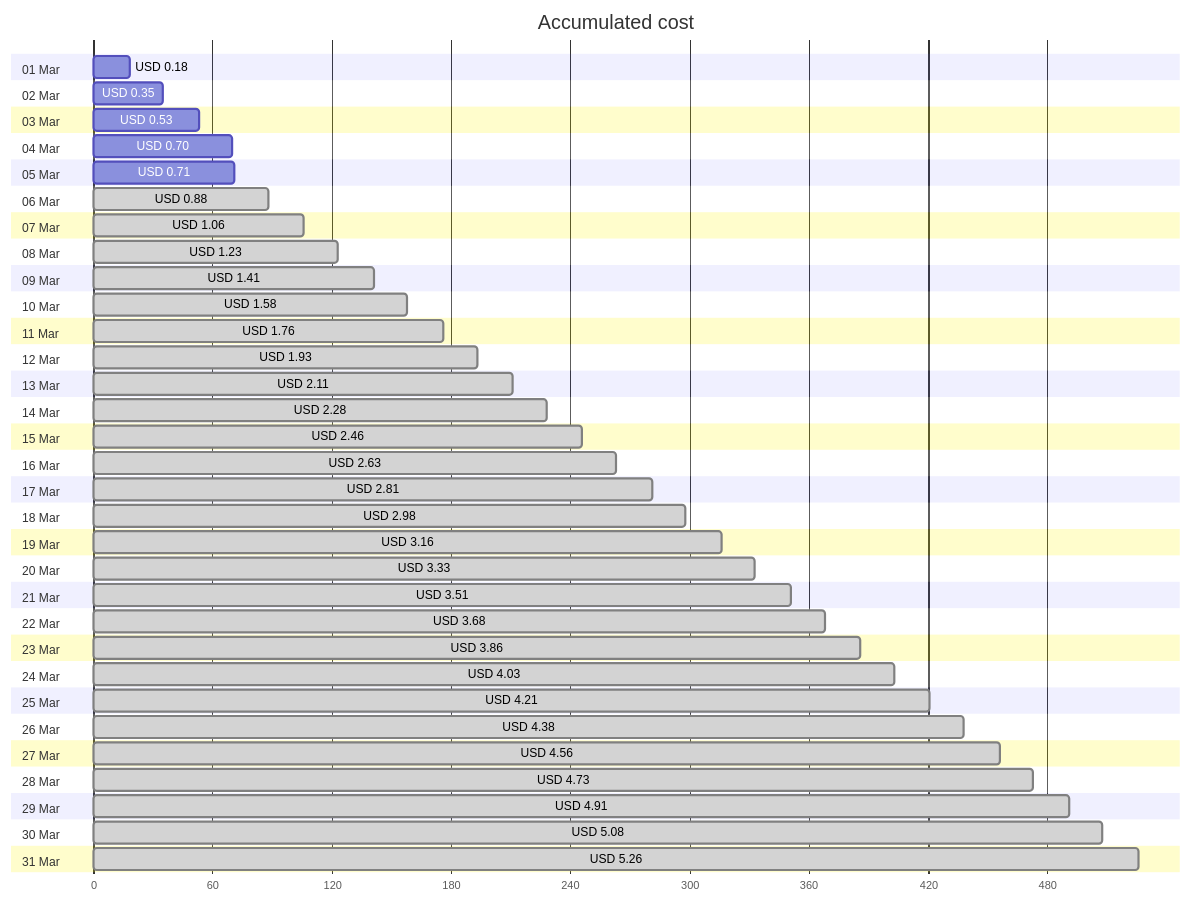
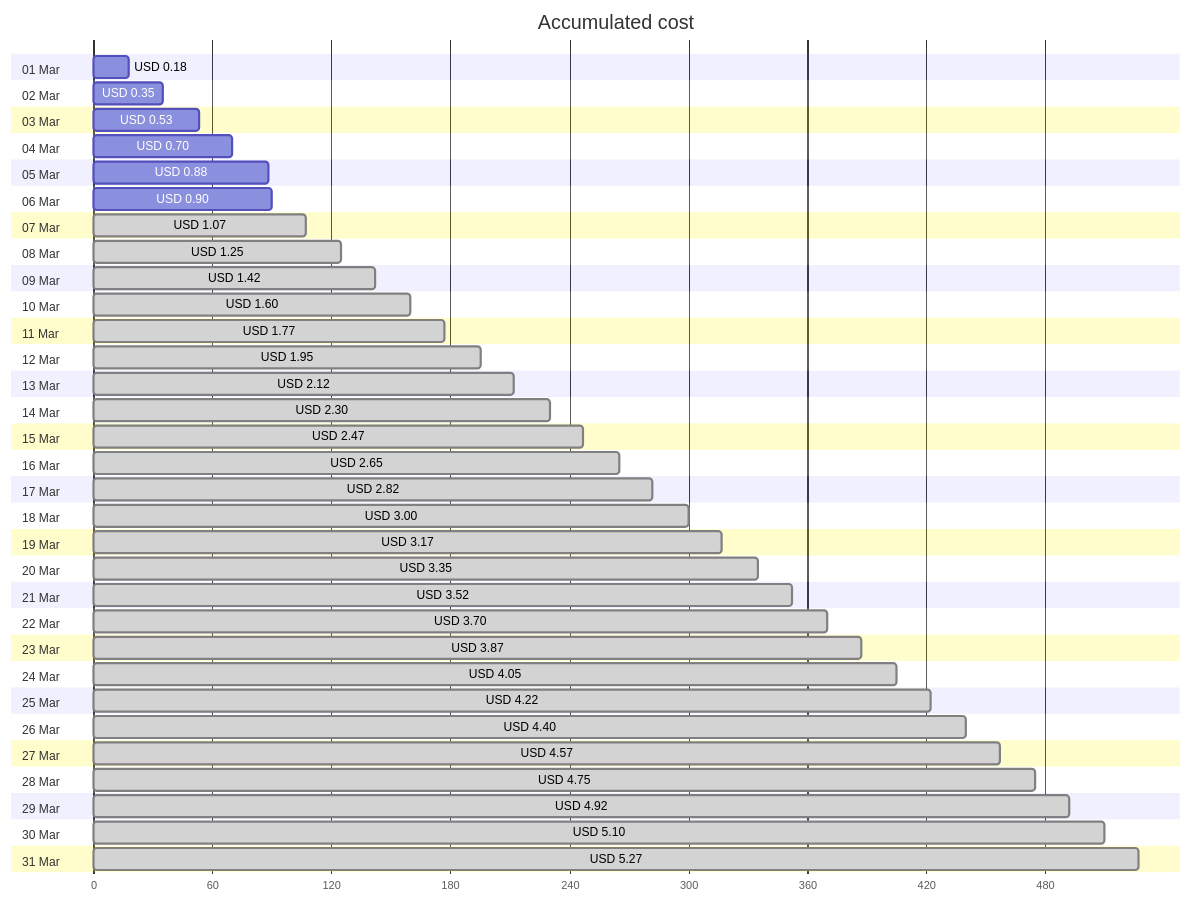
One commit to jpfulton/azure-personal-reports changed the first of 4 diagrams in cost-reports/personal-network/backup-server.md. Above: the diagram before and after it, drawn with Mermaid. The commit also changed other lines of this file and 8 other files, not shown here.

````diff
--- a/cost-reports/personal-network/backup-server.md
+++ b/cost-reports/personal-network/backup-server.md
@@ -20,68 +20,68 @@
 ```mermaid
 gantt
    title Accumulated cost
    dateFormat  X
    axisFormat %s
    section 01 Mar
    USD 0.18 :0, 18
    section 02 Mar
    USD 0.35 :0, 35
    section 03 Mar
    USD 0.53 :0, 53
    section 04 Mar
    USD 0.70 :0, 70
    section 05 Mar
-   USD 0.71 :0, 71
+   USD 0.88 :0, 88
    section 06 Mar
-   USD 0.88 : done, 0, 88
+   USD 0.90 :0, 90
    section 07 Mar
-   USD 1.06 : done, 0, 106
+   USD 1.07 : done, 0, 107
    section 08 Mar
-   USD 1.23 : done, 0, 123
+   USD 1.25 : done, 0, 125
    section 09 Mar
-   USD 1.41 : done, 0, 141
+   USD 1.42 : done, 0, 142
    section 10 Mar
-   USD 1.58 : done, 0, 158
+   USD 1.60 : done, 0, 160
    section 11 Mar
-   USD 1.76 : done, 0, 176
+   USD 1.77 : done, 0, 177
    section 12 Mar
-   USD 1.93 : done, 0, 193
+   USD 1.95 : done, 0, 195
    section 13 Mar
-   USD 2.11 : done, 0, 211
+   USD 2.12 : done, 0, 212
    section 14 Mar
-   USD 2.28 : done, 0, 228
+   USD 2.30 : done, 0, 230
    section 15 Mar
-   USD 2.46 : done, 0, 246
+   USD 2.47 : done, 0, 247
    section 16 Mar
-   USD 2.63 : done, 0, 263
+   USD 2.65 : done, 0, 265
    section 17 Mar
-   USD 2.81 : done, 0, 281
+   USD 2.82 : done, 0, 282
    section 18 Mar
-   USD 2.98 : done, 0, 298
+   USD 3.00 : done, 0, 300
    section 19 Mar
-   USD 3.16 : done, 0, 316
+   USD 3.17 : done, 0, 317
    section 20 Mar
-   USD 3.33 : done, 0, 333
+   USD 3.35 : done, 0, 335
    section 21 Mar
-   USD 3.51 : done, 0, 351
+   USD 3.52 : done, 0, 352
    section 22 Mar
-   USD 3.68 : done, 0, 368
+   USD 3.70 : done, 0, 370
    section 23 Mar
-   USD 3.86 : done, 0, 386
+   USD 3.87 : done, 0, 387
    section 24 Mar
-   USD 4.03 : done, 0, 403
+   USD 4.05 : done, 0, 405
    section 25 Mar
-   USD 4.21 : done, 0, 421
+   USD 4.22 : done, 0, 422
    section 26 Mar
-   USD 4.38 : done, 0, 438
+   USD 4.40 : done, 0, 440
    section 27 Mar
-   USD 4.56 : done, 0, 456
+   USD 4.57 : done, 0, 457
    section 28 Mar
-   USD 4.73 : done, 0, 473
+   USD 4.75 : done, 0, 475
    section 29 Mar
-   USD 4.91 : done, 0, 491
+   USD 4.92 : done, 0, 492
    section 30 Mar
-   USD 5.08 : done, 0, 508
+   USD 5.10 : done, 0, 510
    section 31 Mar
-   USD 5.26 : done, 0, 526
+   USD 5.27 : done, 0, 527
 ```
````
